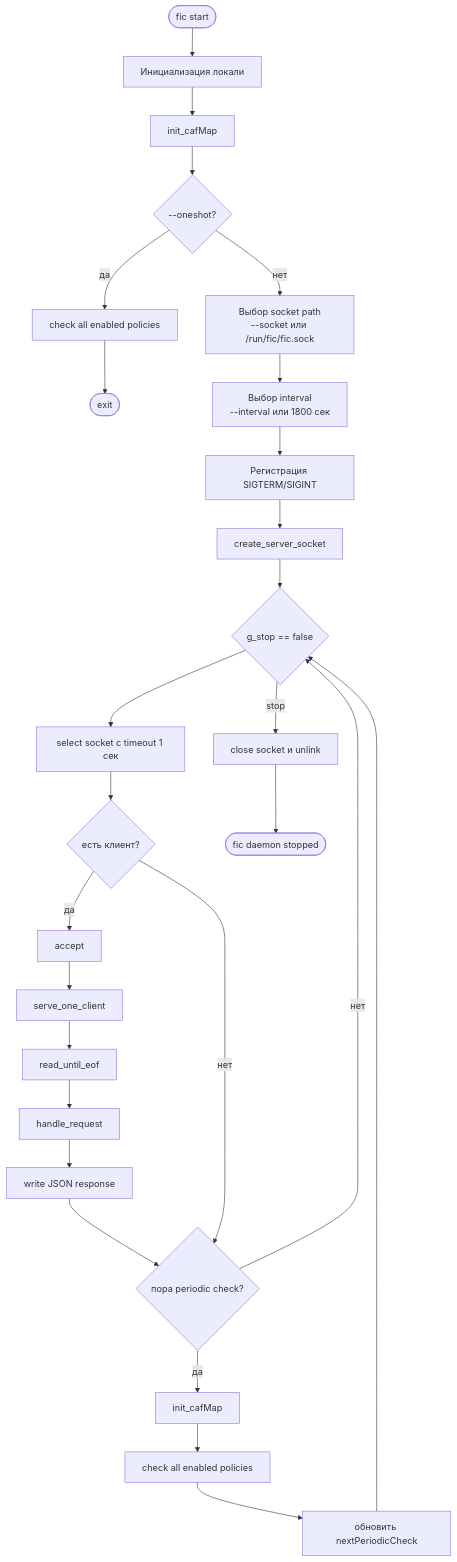
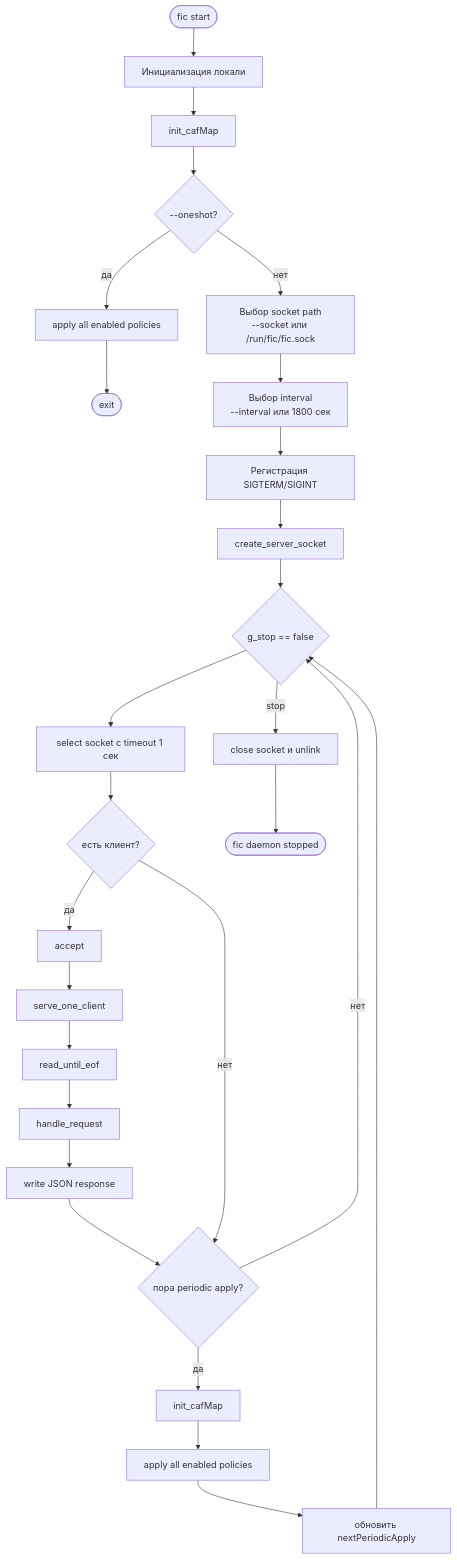
The third of 10 diagrams in docs/architecture-diagrams.md (RevoltStar/FIC), drawn with Mermaid before and after one commit. The commit also changed other lines of this file and 7 other files, not shown here.

````diff
--- a/docs/architecture-diagrams.md
+++ b/docs/architecture-diagrams.md
@@ -90,34 +90,34 @@
 ```mermaid
 flowchart TD
     start([fic start]) --> locale[Инициализация локали]
     locale --> initMap[init_cafMap]
     initMap --> oneshot{--oneshot?}
 
-    oneshot -->|да| checkOnce[check all enabled policies]
-    checkOnce --> exitOnce([exit])
+    oneshot -->|да| applyOnce[apply all enabled policies]
+    applyOnce --> exitOnce([exit])
 
     oneshot -->|нет| socketPath["Выбор socket path<br/>--socket или /run/fic/fic.sock"]
     socketPath --> interval["Выбор interval<br/>--interval или 1800 сек"]
     interval --> signals[Регистрация SIGTERM/SIGINT]
     signals --> createSocket[create_server_socket]
     createSocket --> mainLoop{g_stop == false}
 
     mainLoop --> select[select socket с timeout 1 сек]
     select --> clientReady{есть клиент?}
     clientReady -->|да| accept[accept]
     accept --> serve[serve_one_client]
     serve --> readJson[read_until_eof]
     readJson --> route[handle_request]
     route --> writeJson[write JSON response]
     writeJson --> periodic
 
-    clientReady -->|нет| periodic{пора periodic check?}
+    clientReady -->|нет| periodic{пора periodic apply?}
     periodic -->|да| reload[init_cafMap]
-    reload --> checkAll[check all enabled policies]
-    checkAll --> schedule[обновить nextPeriodicCheck]
+    reload --> applyAll[apply all enabled policies]
+    applyAll --> schedule[обновить nextPeriodicApply]
     schedule --> mainLoop
 
     periodic -->|нет| mainLoop
     mainLoop -->|stop| cleanup[close socket и unlink]
     cleanup --> stopped([fic daemon stopped])
 ```
````
